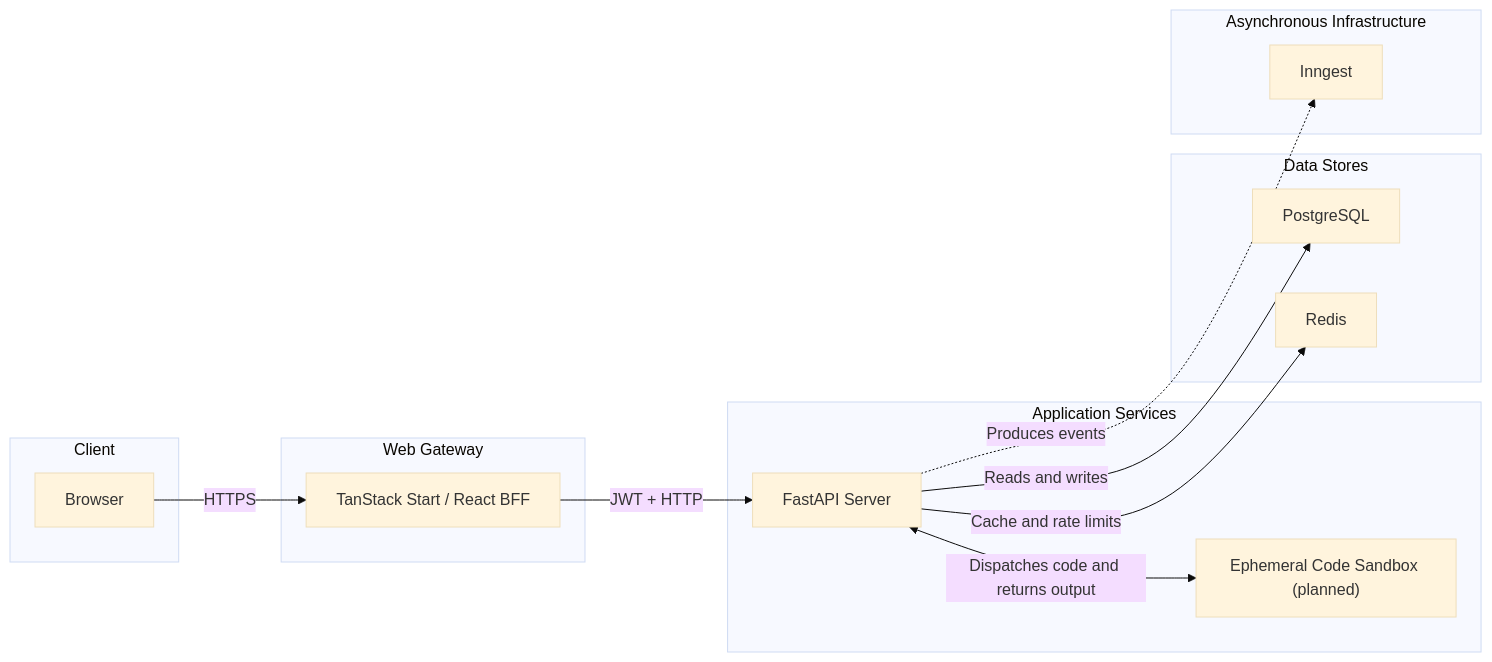
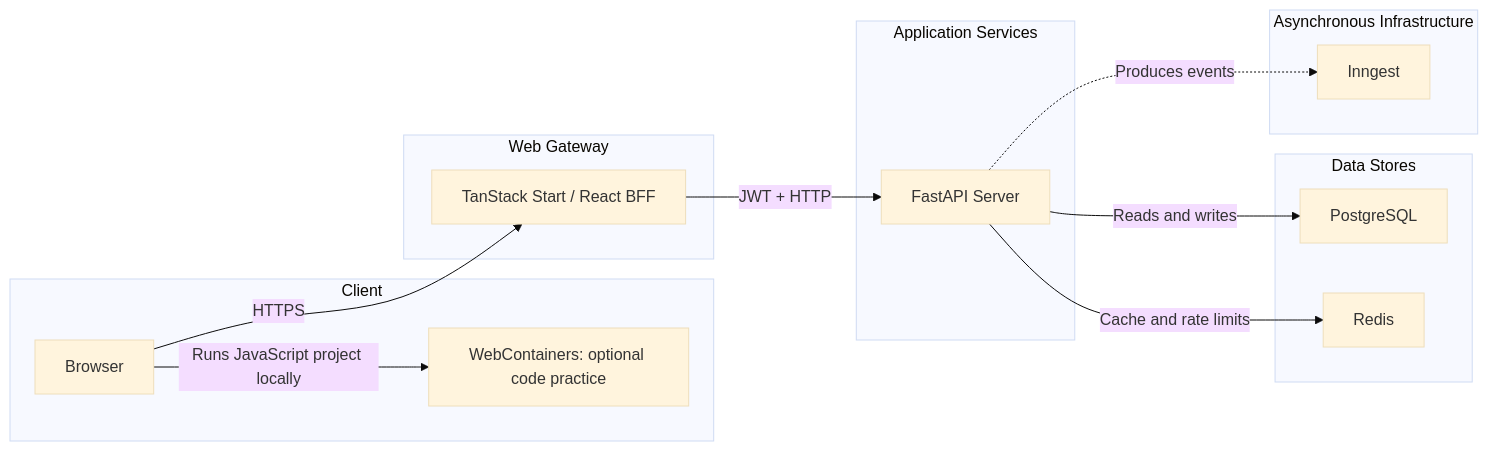
Before and after one commit to CtrI-Alt-Del/shifu: the diagram in documentation/architecture.md, drawn with Mermaid (base theme). The commit also changed other lines of this file and 7 other files, not shown here.

````diff
--- a/documentation/architecture.md
+++ b/documentation/architecture.md
@@ -44,31 +44,31 @@
 ```mermaid
 flowchart LR
     subgraph client ["Client"]
         browser[Browser]
+        webcontainer["WebContainers: optional code practice"]
     end
 
     subgraph gateway ["Web Gateway"]
         web["TanStack Start / React BFF"]
     end
 
     subgraph service ["Application Services"]
         api["FastAPI Server"]
-        sandbox["Ephemeral Code Sandbox (planned)"]
     end
 
     subgraph datastore ["Data Stores"]
         postgres[PostgreSQL]
         redis[Redis]
     end
 
     subgraph async ["Asynchronous Infrastructure"]
         inngest[Inngest]
     end
 
     browser -->|"HTTPS"| web
+    browser -->|"Runs JavaScript project locally"| webcontainer
     web -->|"JWT + HTTP"| api
     api -->|"Reads and writes"| postgres
     api -->|"Cache and rate limits"| redis
     api -.->|"Produces events"| inngest
-    api <-->|"Dispatches code and returns output"| sandbox
 ```
````
